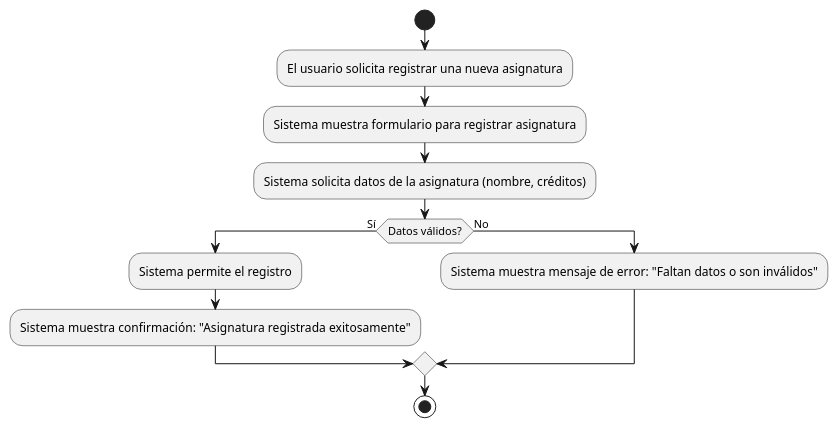
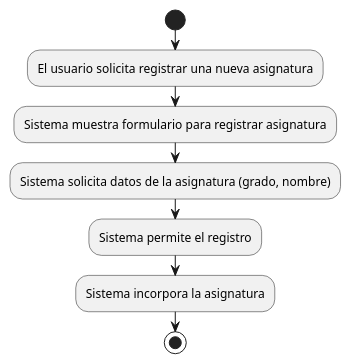
One commit to mmasias/24-25-IdSw1-SDR changed the diagram in casosDeUso/plantUML/RegistrarAsignatura.puml. Above: the diagram before and after it, drawn with PlantUML. The commit also changed 15 other files, not shown here.

Commit message:
Mejore los casos de uso y diagramas

```diff
--- a/casosDeUso/plantUML/RegistrarAsignatura.puml
+++ b/casosDeUso/plantUML/RegistrarAsignatura.puml
@@ -1,13 +1,9 @@
 @startuml
 start
 :El usuario solicita registrar una nueva asignatura;
 :Sistema muestra formulario para registrar asignatura;
-:Sistema solicita datos de la asignatura (nombre, créditos);
-if (Datos válidos?) then (Sí)
-  :Sistema permite el registro;
-  :Sistema muestra confirmación: "Asignatura registrada exitosamente";
-else (No)
-  :Sistema muestra mensaje de error: "Faltan datos o son inválidos";
-endif
+:Sistema solicita datos de la asignatura (grado, nombre);
+:Sistema permite el registro;
+:Sistema incorpora la asignatura;
 stop
 @enduml
```
